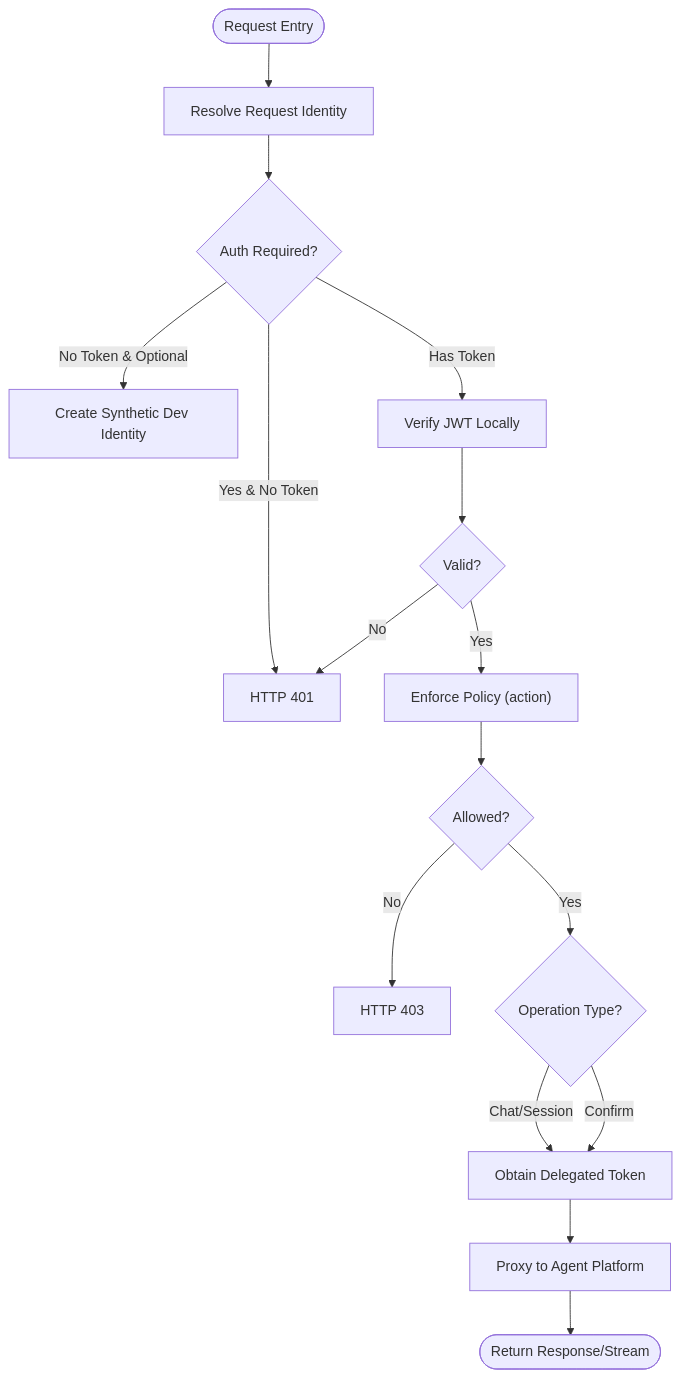
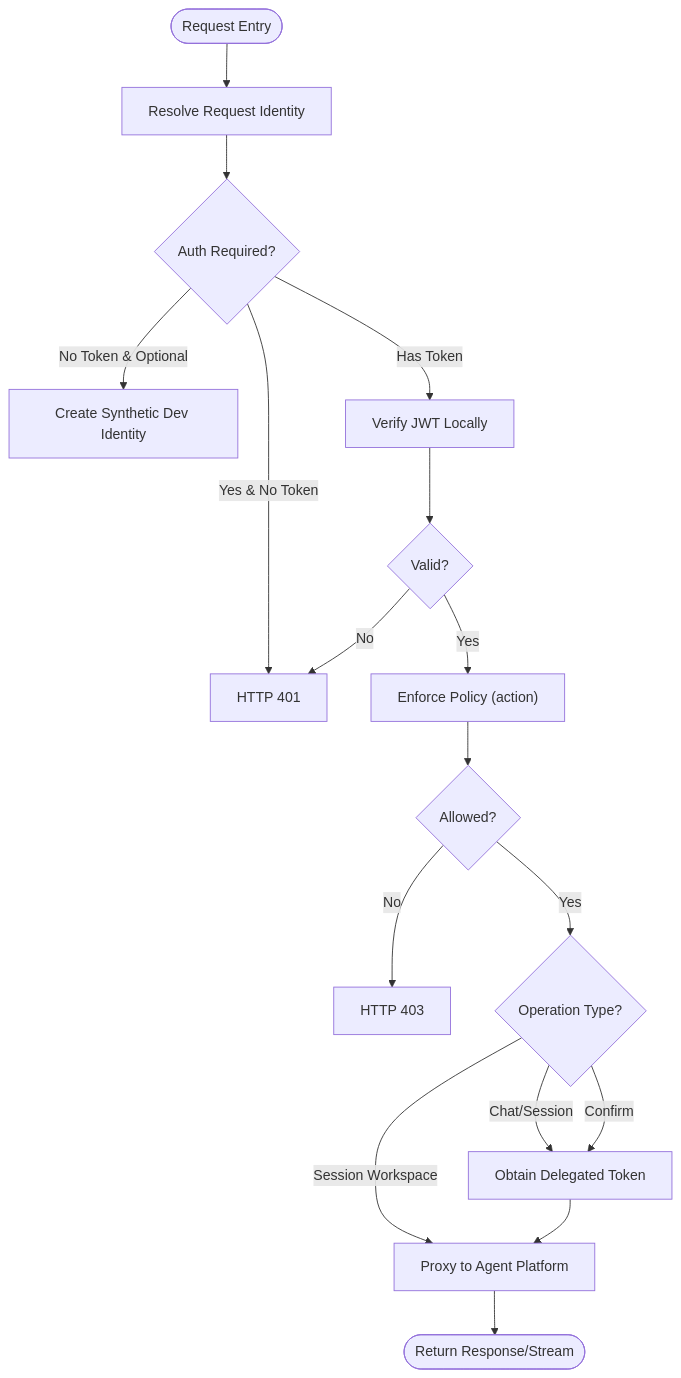
Before and after one commit to metasync/luban-aiops: diagram 12 of 18 in .qoder/repowiki/en/content/Architecture Documentation/Platform Gateway Service.md, drawn with Mermaid. The commit also changed other lines of this file and 33 other files, not shown here.

````diff
--- a/.qoder/repowiki/en/content/Architecture Documentation/Platform Gateway Service.md
+++ b/.qoder/repowiki/en/content/Architecture Documentation/Platform Gateway Service.md
@@ -614,18 +757,19 @@
 ```mermaid
 flowchart TD
 Start(["Request Entry"]) --> ResolveId["Resolve Request Identity"]
 ResolveId --> AuthCheck{"Auth Required?"}
 AuthCheck --> |Yes & No Token| Deny401["HTTP 401"]
 AuthCheck --> |No Token & Optional| Synthetic["Create Synthetic Dev Identity"]
 AuthCheck --> |Has Token| Verify["Verify JWT Locally"]
 Verify --> Valid{"Valid?"}
 Valid --> |No| Deny401
 Valid --> |Yes| PolicyEnf["Enforce Policy (action)"]
 PolicyEnf --> Allowed{"Allowed?"}
 Allowed --> |No| Deny403["HTTP 403"]
 Allowed --> |Yes| CheckType{"Operation Type?"}
 CheckType --> |Chat/Session| Delegate["Obtain Delegated Token"]
 CheckType --> |Confirm| Delegate
-Delegate --> Proxy["Proxy to Agent Platform"]
+CheckType --> |Session Workspace| Proxy["Proxy to Agent Platform"]
+Delegate --> Proxy
 Proxy --> Return(["Return Response/Stream"])
 ```
````
